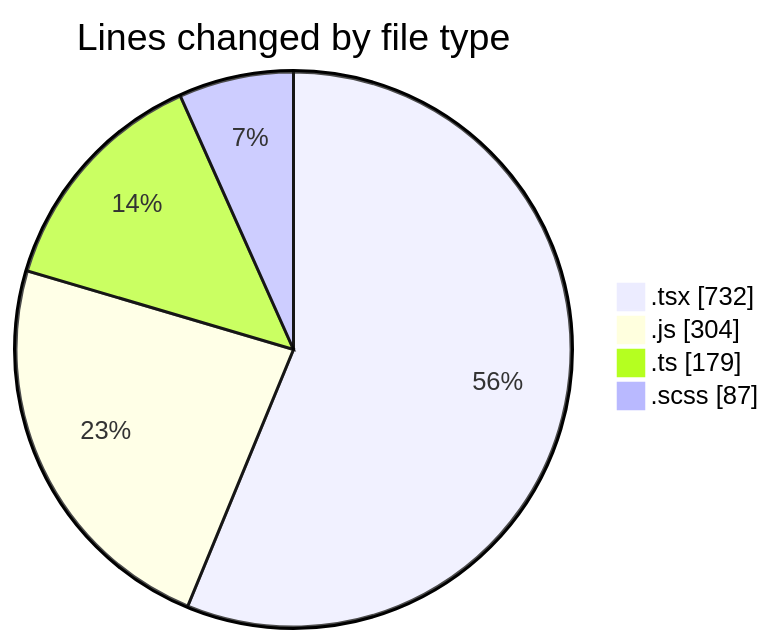
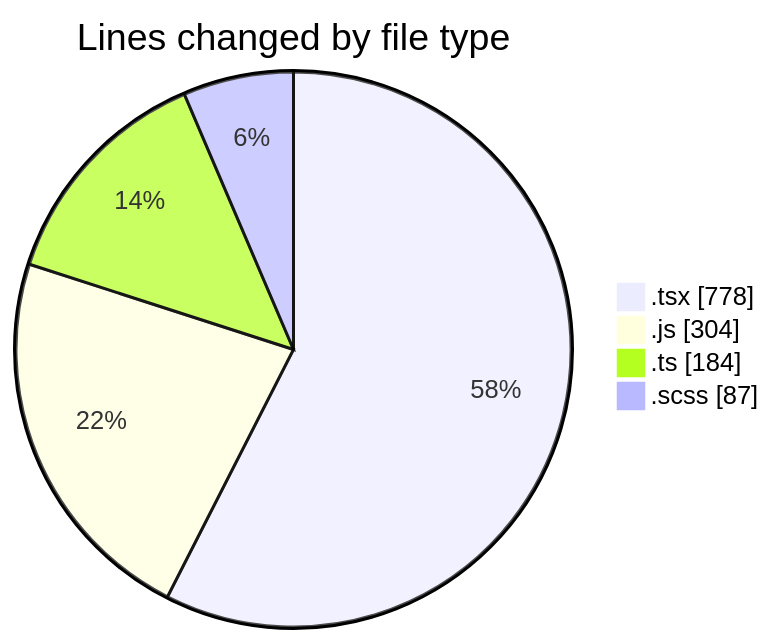
Before and after one commit to momahboobian/code-tracking: the first of 2 diagrams in 2025-02-26/cda/README.md, drawn with Mermaid. The commit also changed other lines of this file and 1 other file, not shown here.

````diff
--- a/2025-02-26/cda/README.md
+++ b/2025-02-26/cda/README.md
@@ -33,8 +35,8 @@
 ```mermaid
 pie showData
 title Lines changed by file type
-".tsx" : 732
+".tsx" : 778
 ".js" : 304
-".ts" : 179
+".ts" : 184
 ".scss" : 87
 ```
````
